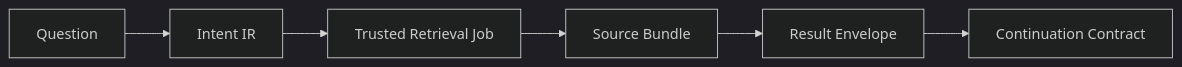
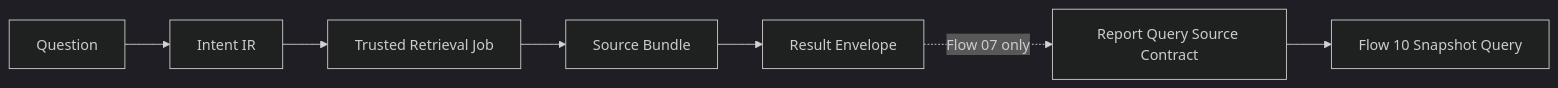
The eighth of 8 diagrams in docs/AGENT_INTRODUCTION_PPT_OUTLINE.md (bongG-moon/metadata_driven_v5), drawn with Mermaid (dark theme) before and after one commit. The commit also changed other lines of this file and 124 other files, not shown here.

Commit message:
Add Langflow 1.11 report follow-up flows

````diff
--- a/docs/AGENT_INTRODUCTION_PPT_OUTLINE.md
+++ b/docs/AGENT_INTRODUCTION_PPT_OUTLINE.md
@@ -693,8 +717,9 @@
 ```mermaid
 flowchart LR
     Q[Question] --> I[Intent IR]
     I --> T[Trusted Retrieval Job]
     T --> S[Source Bundle]
     S --> E[Result Envelope]
-    E --> C[Continuation Contract]
+    E -. Flow 07 only .-> C[Report Query Source Contract]
+    C --> F10[Flow 10 Snapshot Query]
 ```
````
